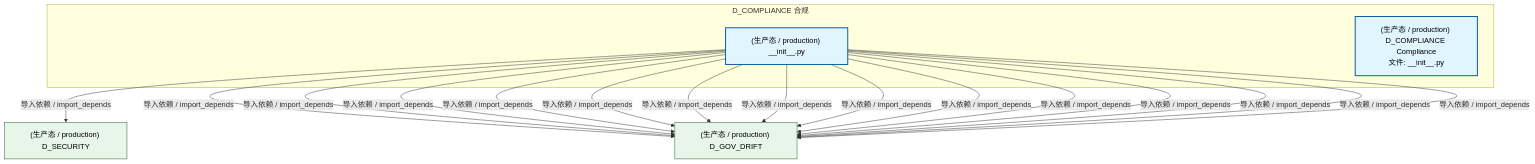
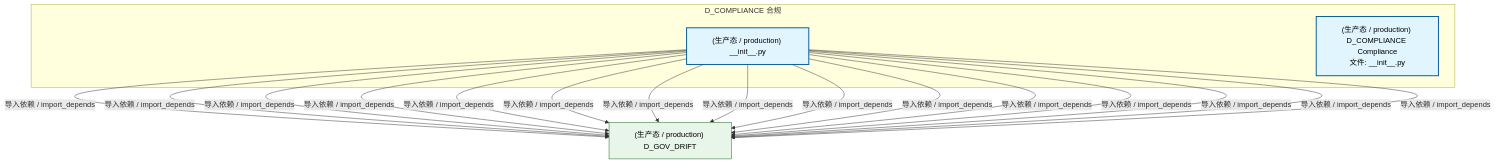
One commit to xuanFelixVan/ZephyrAlpha changed the first of 3 diagrams in docs/02_enterprise_architecture/02_domain_architecture_docs/38_d_compliance.md. Above: the diagram before and after it, drawn with Mermaid. The commit also changed other lines of this file and 39 other files, not shown here.

````diff
--- a/docs/02_enterprise_architecture/02_domain_architecture_docs/38_d_compliance.md
+++ b/docs/02_enterprise_architecture/02_domain_architecture_docs/38_d_compliance.md
@@ -67,30 +67,29 @@
 ```mermaid
 graph TD
     subgraph D_COMPLIANCE["D_COMPLIANCE 合规"]
         src_zephyr_compliance_behavioral_auditor_init_py["(生产态 / production) __init__.py"]
         src_zephyr_compliance_zero_knowledge_audit_stub_init_py["(生产态 / production) D_COMPLIANCE Compliance<br/>文件: __init__.py"]
     end
-    D_SECURITY["(生产态 / production) D_SECURITY"]
-    src_zephyr_compliance_behavioral_auditor_init_py -->|导入依赖 / import_depends| D_SECURITY
     D_GOV_DRIFT["(生产态 / production) D_GOV_DRIFT"]
+    src_zephyr_compliance_behavioral_auditor_init_py -->|导入依赖 / import_depends| D_GOV_DRIFT
     src_zephyr_compliance_behavioral_auditor_init_py -->|导入依赖 / import_depends| D_GOV_DRIFT
     src_zephyr_compliance_behavioral_auditor_init_py -->|导入依赖 / import_depends| D_GOV_DRIFT
     src_zephyr_compliance_behavioral_auditor_init_py -->|导入依赖 / import_depends| D_GOV_DRIFT
     src_zephyr_compliance_behavioral_auditor_init_py -->|导入依赖 / import_depends| D_GOV_DRIFT
     src_zephyr_compliance_behavioral_auditor_init_py -->|导入依赖 / import_depends| D_GOV_DRIFT
     src_zephyr_compliance_behavioral_auditor_init_py -->|导入依赖 / import_depends| D_GOV_DRIFT
     src_zephyr_compliance_behavioral_auditor_init_py -->|导入依赖 / import_depends| D_GOV_DRIFT
     src_zephyr_compliance_behavioral_auditor_init_py -->|导入依赖 / import_depends| D_GOV_DRIFT
     src_zephyr_compliance_behavioral_auditor_init_py -->|导入依赖 / import_depends| D_GOV_DRIFT
     src_zephyr_compliance_behavioral_auditor_init_py -->|导入依赖 / import_depends| D_GOV_DRIFT
     src_zephyr_compliance_behavioral_auditor_init_py -->|导入依赖 / import_depends| D_GOV_DRIFT
     src_zephyr_compliance_behavioral_auditor_init_py -->|导入依赖 / import_depends| D_GOV_DRIFT
     src_zephyr_compliance_behavioral_auditor_init_py -->|导入依赖 / import_depends| D_GOV_DRIFT
     src_zephyr_compliance_behavioral_auditor_init_py -->|导入依赖 / import_depends| D_GOV_DRIFT
     classDef production fill:#e1f5fe,stroke:#01579b,stroke-width:2px,color:#000
     classDef design fill:#fff3e0,stroke:#e65100,stroke-width:2px,color:#000,stroke-dasharray: 5 5
     classDef external_prod fill:#e8f5e9,stroke:#1b5e20,stroke-width:1px,color:#000
     classDef external_design fill:#fce4ec,stroke:#880e4f,stroke-width:1px,color:#000,stroke-dasharray: 5 5
     class src_zephyr_compliance_behavioral_auditor_init_py,src_zephyr_compliance_zero_knowledge_audit_stub_init_py production
-    class D_SECURITY,D_GOV_DRIFT external_prod
+    class D_GOV_DRIFT external_prod
 ```
````
